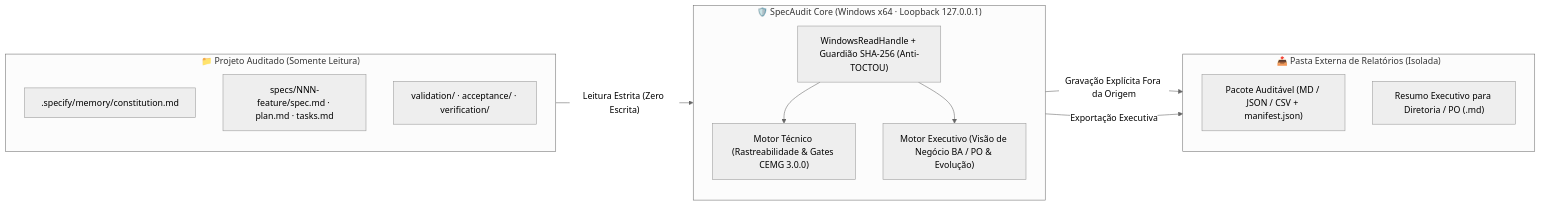
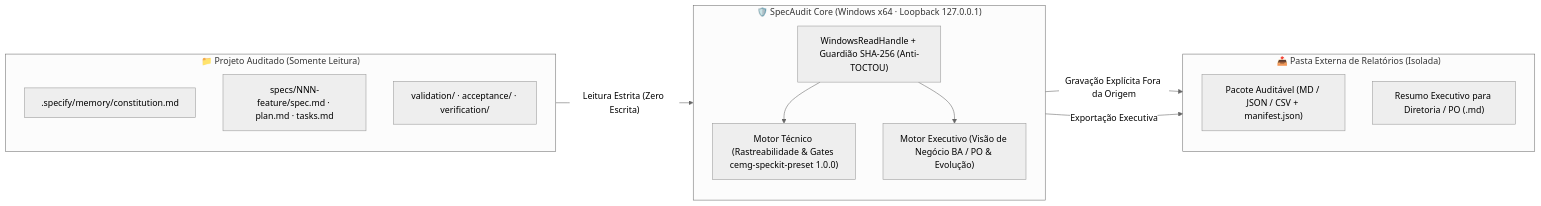
Before and after one commit to cwgbittencourt/CemgSpec: the diagram in README.md, drawn with Mermaid (neutral theme). The commit also changed other lines of this file and 112 other files, not shown here.

Commit message:
feat(preset,docs): update to cemg-speckit-preset 1.0.0 and refresh all 2x Retina screenshots with SA badge

````diff
--- a/README.md
+++ b/README.md
@@ -78,28 +78,28 @@
 ```mermaid
 flowchart LR
     subgraph Origem["📁 Projeto Auditado (Somente Leitura)"]
         direction TB
         C[".specify/memory/constitution.md"]
         S["specs/NNN-feature/spec.md · plan.md · tasks.md"]
         V["validation/ · acceptance/ · verification/"]
     end
 
     subgraph Core["🛡️ SpecAudit Core (Windows x64 · Loopback 127.0.0.1)"]
         direction TB
         H["WindowsReadHandle + Guardião SHA-256 (Anti-TOCTOU)"]
-        T["Motor Técnico (Rastreabilidade & Gates CEMG 3.0.0)"]
+        T["Motor Técnico (Rastreabilidade & Gates cemg-speckit-preset 1.0.0)"]
         B["Motor Executivo (Visão de Negócio BA / PO & Evolução)"]
         H --> T
         H --> B
     end
 
     subgraph Destino["📤 Pasta Externa de Relatórios (Isolada)"]
         direction TB
         R["Pacote Auditável (MD / JSON / CSV + manifest.json)"]
         E["Resumo Executivo para Diretoria / PO (.md)"]
     end
 
     Origem -- "Leitura Estrita (Zero Escrita)" --> H
     T -- "Gravação Explícita Fora da Origem" --> R
     B -- "Exportação Executiva" --> E
 ```
````
